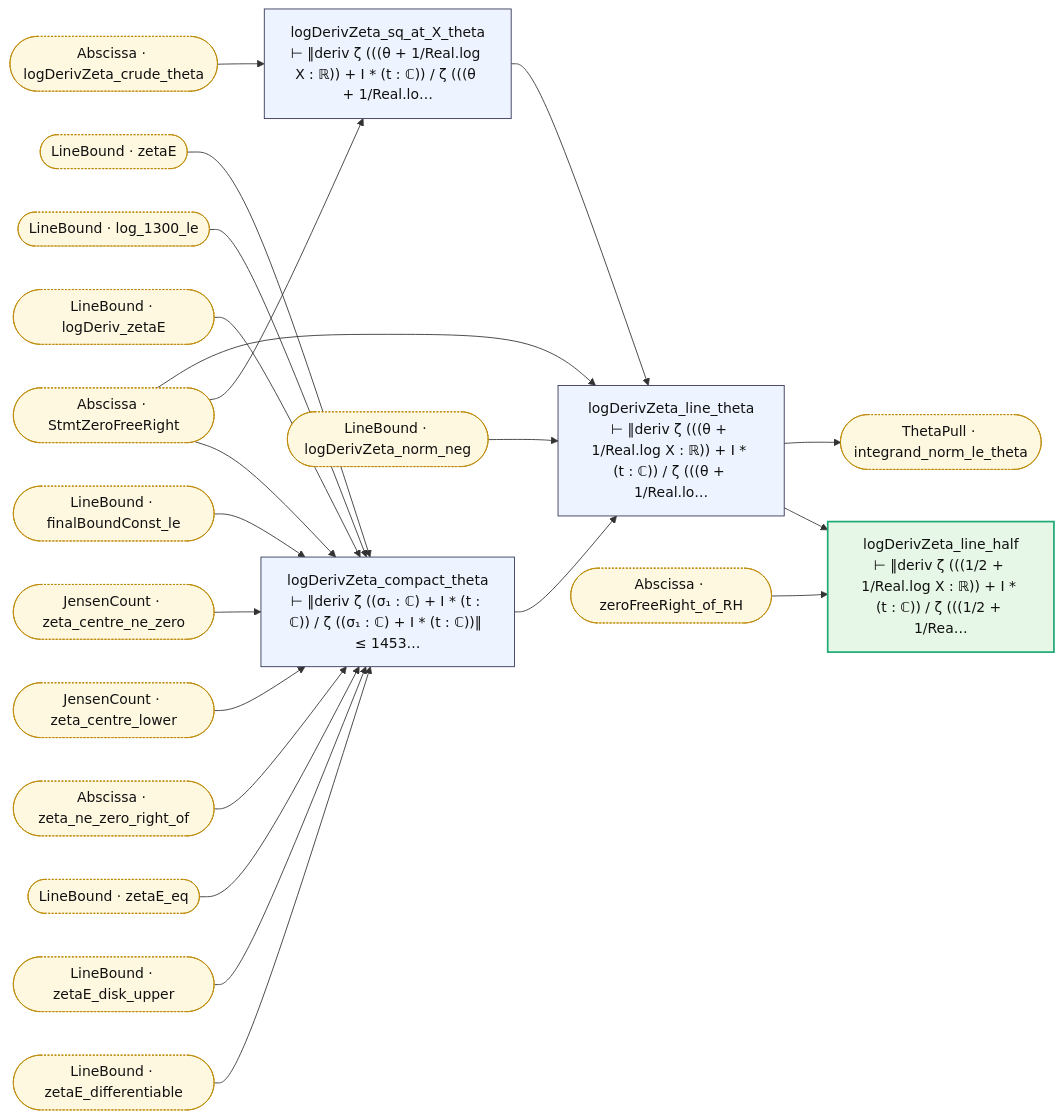
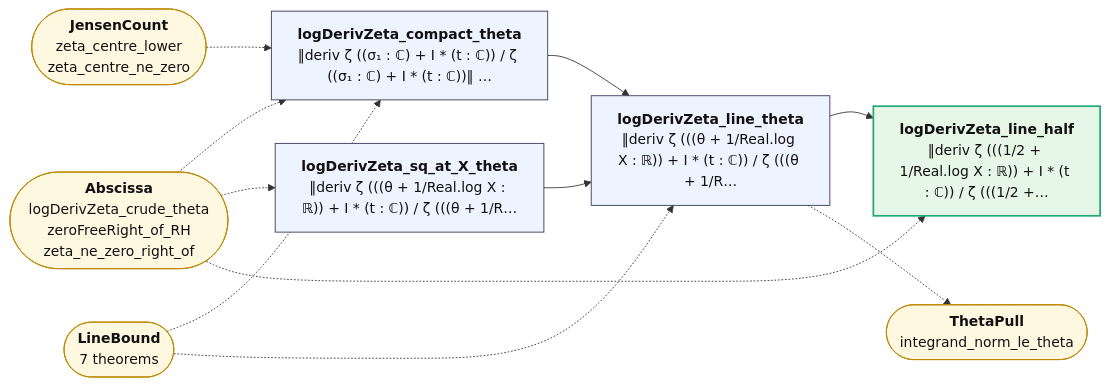
Before and after one commit to juliansambranojr/Primebeat_081426: the diagram in map/lean_stage3/ThetaLine.md, drawn with Mermaid. The commit also changed other lines of this file and 387 other files, not shown here.

````diff
--- a/map/lean_stage3/ThetaLine.md
+++ b/map/lean_stage3/ThetaLine.md
@@ -8,48 +12,26 @@
 ```mermaid
 flowchart LR
-  n0["logDerivZeta_compact_theta<br/>⊢ ‖deriv ζ ((σ₁ : ℂ) + I * (t : ℂ)) / ζ ((σ₁ : ℂ) + I * (t : ℂ))‖ ≤ 1453…"]:::thm
-  n1["logDerivZeta_sq_at_X_theta<br/>⊢ ‖deriv ζ (((θ + 1/Real.log X : ℝ)) + I * (t : ℂ)) / ζ (((θ + 1/Real.lo…"]:::thm
-  n2["logDerivZeta_line_theta<br/>⊢ ‖deriv ζ (((θ + 1/Real.log X : ℝ)) + I * (t : ℂ)) / ζ (((θ + 1/Real.lo…"]:::thm
-  n3["logDerivZeta_line_half<br/>⊢ ‖deriv ζ (((1/2 + 1/Real.log X : ℝ)) + I * (t : ℂ)) / ζ (((1/2 + 1/Rea…"]:::end_
-  x0(["Abscissa · StmtZeroFreeRight"]):::ext
-  x1(["Abscissa · logDerivZeta_crude_theta"]):::ext
-  x2(["Abscissa · zeroFreeRight_of_RH"]):::ext
-  x3(["Abscissa · zeta_ne_zero_right_of"]):::ext
-  x4(["JensenCount · zeta_centre_lower"]):::ext
-  x5(["JensenCount · zeta_centre_ne_zero"]):::ext
-  x6(["LineBound · finalBoundConst_le"]):::ext
-  x7(["LineBound · logDeriv_zetaE"]):::ext
-  x8(["LineBound · log_1300_le"]):::ext
-  x9(["LineBound · zetaE"]):::ext
-  x10(["LineBound · zetaE_differentiable"]):::ext
-  x11(["LineBound · zetaE_disk_upper"]):::ext
-  x12(["LineBound · zetaE_eq"]):::ext
-  x13(["LineBound · logDerivZeta_norm_neg"]):::ext
-  x14(["ThetaPull · integrand_norm_le_theta"]):::ext
+  n0["<b>logDerivZeta_compact_theta</b><br/>‖deriv ζ ((σ₁ : ℂ) + I * (t : ℂ)) / ζ ((σ₁ : ℂ) + I * (t : ℂ))‖ …"]:::thm
+  n1["<b>logDerivZeta_sq_at_X_theta</b><br/>‖deriv ζ (((θ + 1/Real.log X : ℝ)) + I * (t : ℂ)) / ζ (((θ + 1/R…"]:::thm
+  n2["<b>logDerivZeta_line_theta</b><br/>‖deriv ζ (((θ + 1/Real.log X : ℝ)) + I * (t : ℂ)) / ζ (((θ + 1/R…"]:::thm
+  n3["<b>logDerivZeta_line_half</b><br/>‖deriv ζ (((1/2 + 1/Real.log X : ℝ)) + I * (t : ℂ)) / ζ (((1/2 +…"]:::end_
+  x0(["<b>Abscissa</b><br/>logDerivZeta_crude_theta<br/>zeroFreeRight_of_RH<br/>zeta_ne_zero_right_of"]):::ext
+  x1(["<b>JensenCount</b><br/>zeta_centre_lower<br/>zeta_centre_ne_zero"]):::ext
+  x2(["<b>LineBound</b><br/>7 theorems"]):::ext
+  x3(["<b>ThetaPull</b><br/>integrand_norm_le_theta"]):::ext
   n0 --> n2
   n1 --> n2
   n2 --> n3
-  n2 --> x14
-  x0 --> n0
-  x0 --> n1
-  x0 --> n2
-  x1 --> n1
-  x10 --> n0
-  x11 --> n0
-  x12 --> n0
-  x13 --> n2
-  x2 --> n3
-  x3 --> n0
-  x4 --> n0
-  x5 --> n0
-  x6 --> n0
-  x7 --> n0
-  x8 --> n0
-  x9 --> n0
+  n2 -.-> x3
+  x0 -.-> n0
+  x0 -.-> n1
+  x0 -.-> n3
+  x1 -.-> n0
+  x2 -.-> n0
+  x2 -.-> n2
   classDef thm fill:#eef4ff,stroke:#335,color:#111
-  classDef dfn fill:#f2f2f2,stroke:#777,color:#111
   classDef end_ fill:#e7f7e7,stroke:#2a7,color:#111,stroke-width:2px
   classDef lone fill:#fff,stroke:#999,color:#111,stroke-dasharray:4 3
   classDef bad fill:#ffe5e5,stroke:#c22,color:#111,stroke-width:2px
-  classDef ext fill:#fff8e1,stroke:#b80,color:#111,stroke-dasharray:2 2
+  classDef ext fill:#fff8e1,stroke:#b80,color:#111
 ```
````
